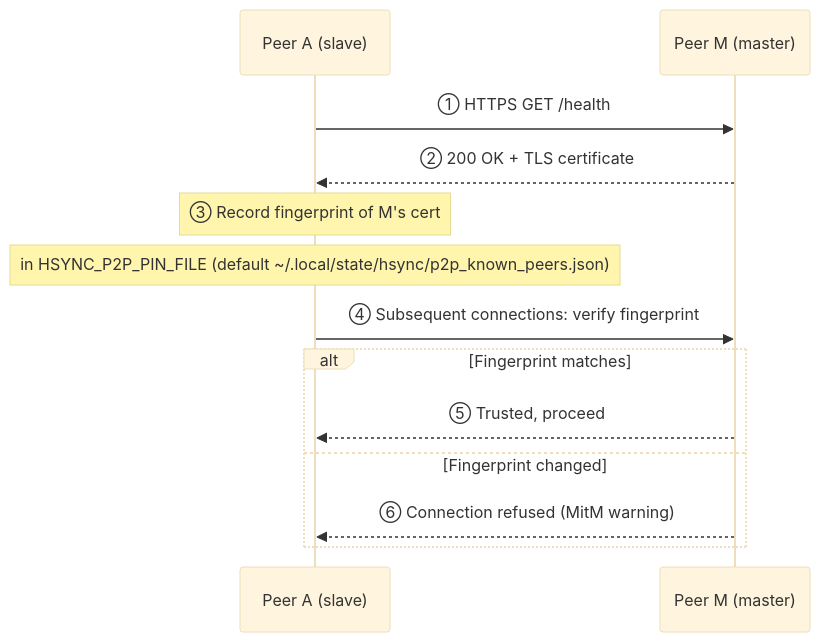
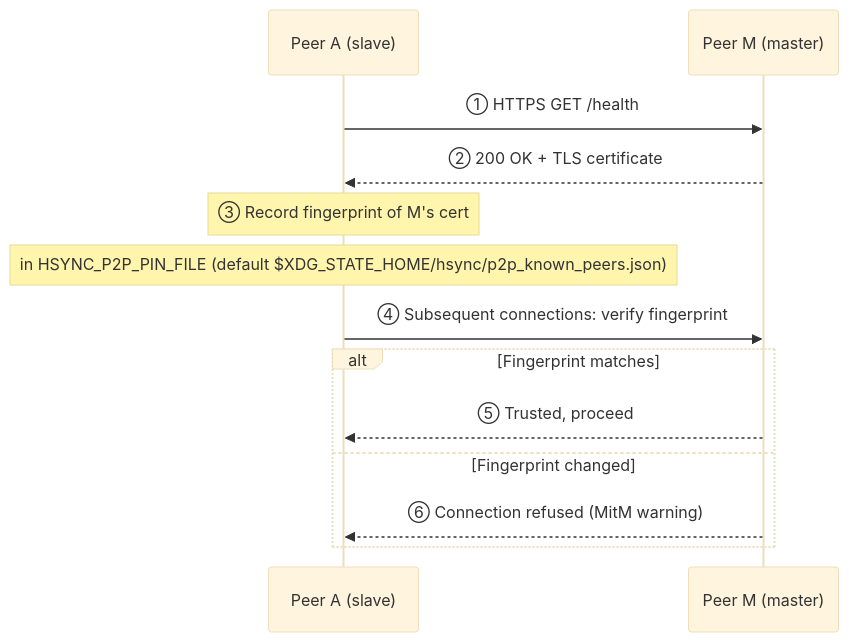
The third of 3 diagrams in docs/internal/developer.md (albertsdk/hsync-client), drawn with Mermaid (base theme) before and after one commit. The commit also changed other lines of this file and 10 other files, not shown here.

````diff
--- a/docs/internal/developer.md
+++ b/docs/internal/developer.md
@@ -265,18 +265,18 @@
 ```mermaid
 sequenceDiagram
     participant A as Peer A (slave)
     participant M as Peer M (master)
 
     A->>M: ① HTTPS GET /health
     M-->>A: ② 200 OK + TLS certificate
 
     Note over A: ③ Record fingerprint of M's cert
-    Note over A:    in HSYNC_P2P_PIN_FILE (default ~/.local/state/hsync/p2p_known_peers.json)
+    Note over A:    in HSYNC_P2P_PIN_FILE (default $XDG_STATE_HOME/hsync/p2p_known_peers.json)
 
     A->>M: ④ Subsequent connections: verify fingerprint
     alt Fingerprint matches
         M-->>A: ⑤ Trusted, proceed
     else Fingerprint changed
         M-->>A: ⑥ Connection refused (MitM warning)
     end
 ```
````
